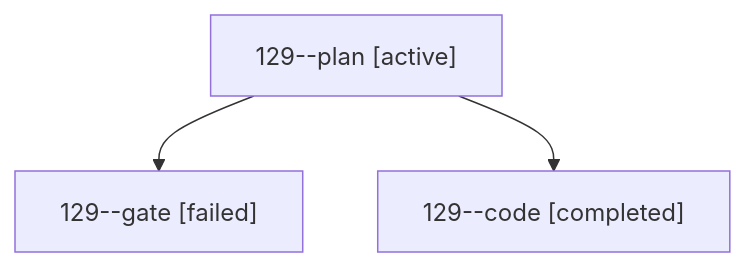
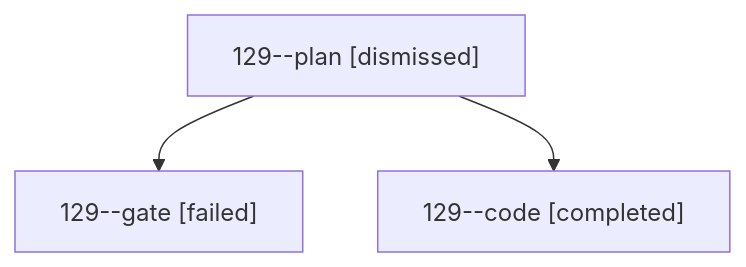
The diagram in sessions/bbugyi200.athena.129.md (bobs-org/bob-cli--agents), drawn with Mermaid before and after one commit. The commit also changed other lines of this file and 9 other files, not shown here.

````diff
--- a/sessions/bbugyi200.athena.129.md
+++ b/sessions/bbugyi200.athena.129.md
@@ -9,8 +9,8 @@
 ```mermaid
 flowchart TD
-  n0["129--plan [active]"]
+  n0["129--plan [dismissed]"]
   n1["129--gate [failed]"]
   n0 --> n1
   n2["129--code [completed]"]
   n0 --> n2
 ```
````
